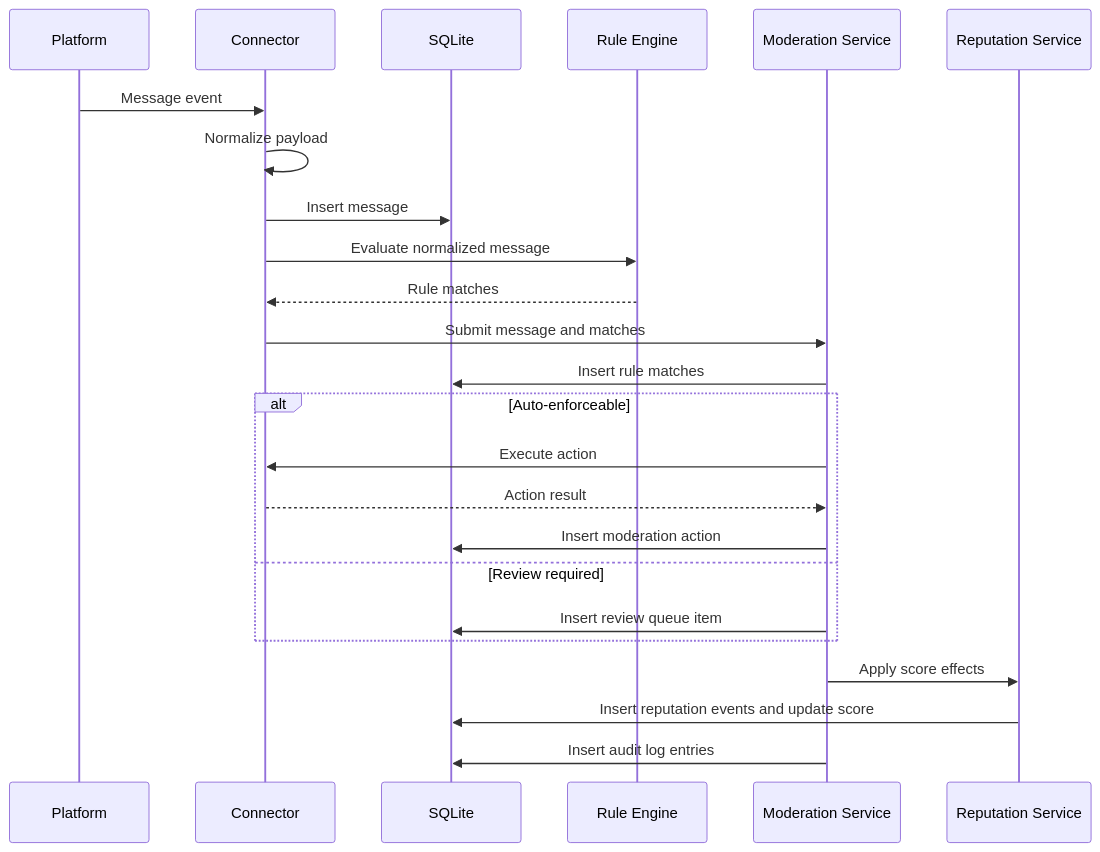
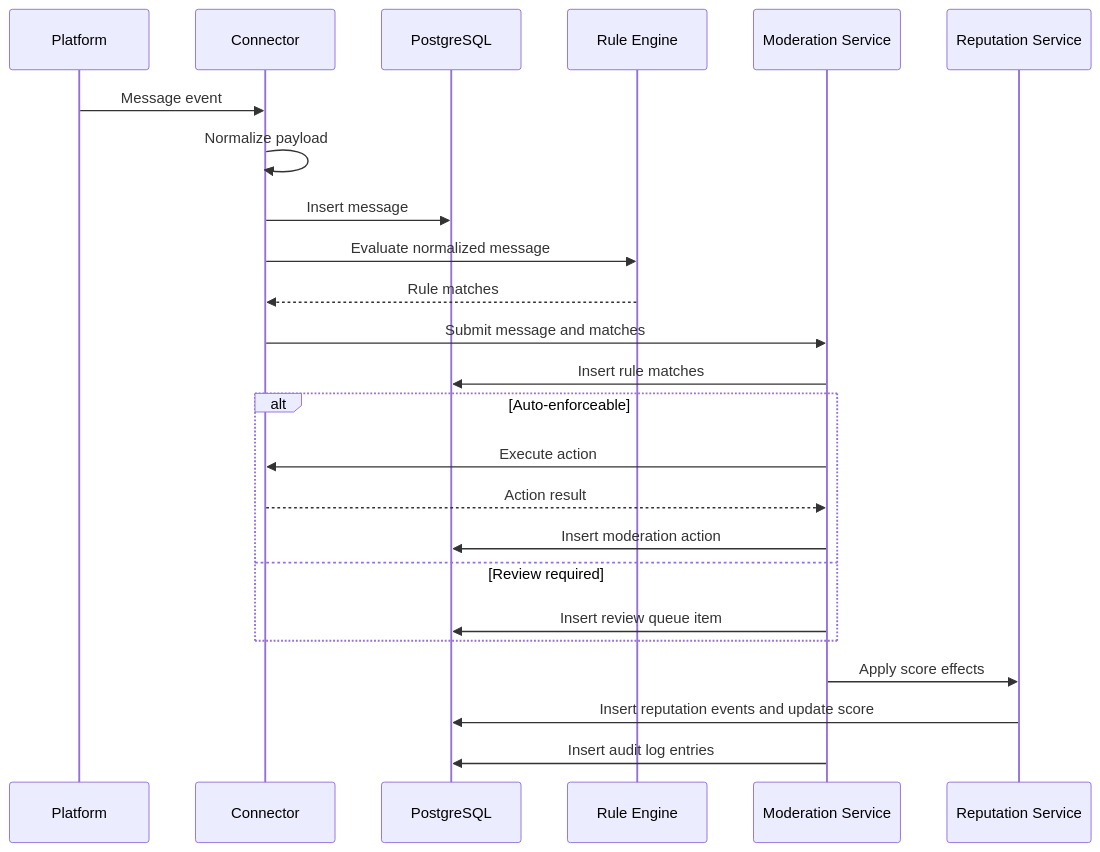
The second of 2 diagrams in docs/design.md (itsnotqwerty/qbot4k), drawn with Mermaid before and after one commit. The commit also changed other lines of this file and 304 other files, not shown here.

````diff
--- a/docs/design.md
+++ b/docs/design.md
@@ -239,27 +246,27 @@
 ```mermaid
 sequenceDiagram
 		participant P as Platform
 		participant C as Connector
-		participant DB as SQLite
+		participant DB as PostgreSQL
 		participant R as Rule Engine
 		participant M as Moderation Service
 		participant S as Reputation Service
 
 		P->>C: Message event
 		C->>C: Normalize payload
 		C->>DB: Insert message
 		C->>R: Evaluate normalized message
 		R-->>C: Rule matches
 		C->>M: Submit message and matches
 		M->>DB: Insert rule matches
 		alt Auto-enforceable
 				M->>C: Execute action
 				C-->>M: Action result
 				M->>DB: Insert moderation action
 		else Review required
 				M->>DB: Insert review queue item
 		end
 		M->>S: Apply score effects
 		S->>DB: Insert reputation events and update score
 		M->>DB: Insert audit log entries
 ```
````
